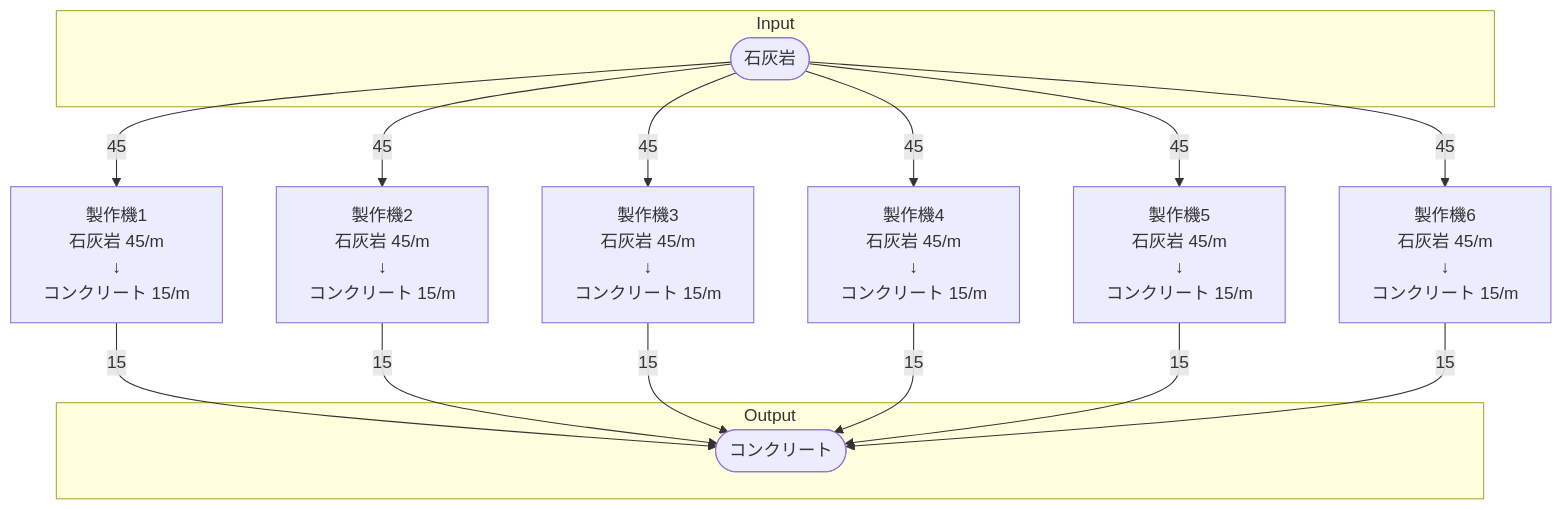
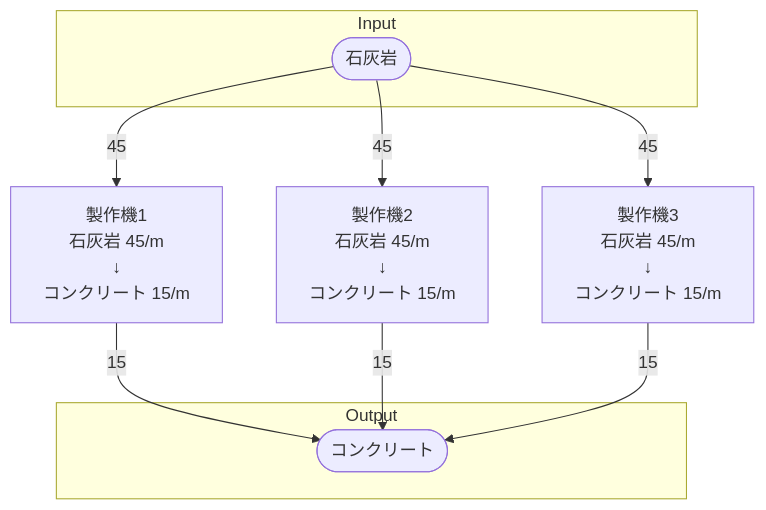
One commit to Suzuran-Amano/SatisfactoryTaskEfficiency changed the diagram in 40_FactoryBuilding/鋼鉄工場/40_個別製造ライン設計書/個別製造ライン設計書_コンクリート製造ライン.md. Above: the diagram before and after it, drawn with Mermaid. The commit also changed other lines of this file and 288 other files, not shown here.

````diff
--- a/40_FactoryBuilding/鋼鉄工場/40_個別製造ライン設計書/個別製造ライン設計書_コンクリート製造ライン.md
+++ b/40_FactoryBuilding/鋼鉄工場/40_個別製造ライン設計書/個別製造ライン設計書_コンクリート製造ライン.md
@@ -18,66 +20,39 @@
 ```mermaid
 flowchart TD
 
 subgraph Input
     石灰岩([石灰岩])
 end
 
 製作機1[
     製作機1
     石灰岩 45/m
     ↓
     コンクリート 15/m
 ]
 
 製作機2[
     製作機2
     石灰岩 45/m
     ↓
     コンクリート 15/m
 ]
 
 製作機3[
     製作機3
     石灰岩 45/m
     ↓
     コンクリート 15/m
 ]
 
-製作機4[
-    製作機4
-    石灰岩 45/m
-    ↓
-    コンクリート 15/m
-]
-
-製作機5[
-    製作機5
-    石灰岩 45/m
-    ↓
-    コンクリート 15/m
-]
-
-製作機6[
-    製作機6
-    石灰岩 45/m
-    ↓
-    コンクリート 15/m
-]
-
 subgraph Output
     コンクリート([コンクリート])
 end
 
 石灰岩-->|45|製作機1
 製作機1-->|15|コンクリート
 石灰岩-->|45|製作機2
 製作機2-->|15|コンクリート
 石灰岩-->|45|製作機3
 製作機3-->|15|コンクリート
-石灰岩-->|45|製作機4
-製作機4-->|15|コンクリート
-石灰岩-->|45|製作機5
-製作機5-->|15|コンクリート
-石灰岩-->|45|製作機6
-製作機6-->|15|コンクリート
 ```
````
